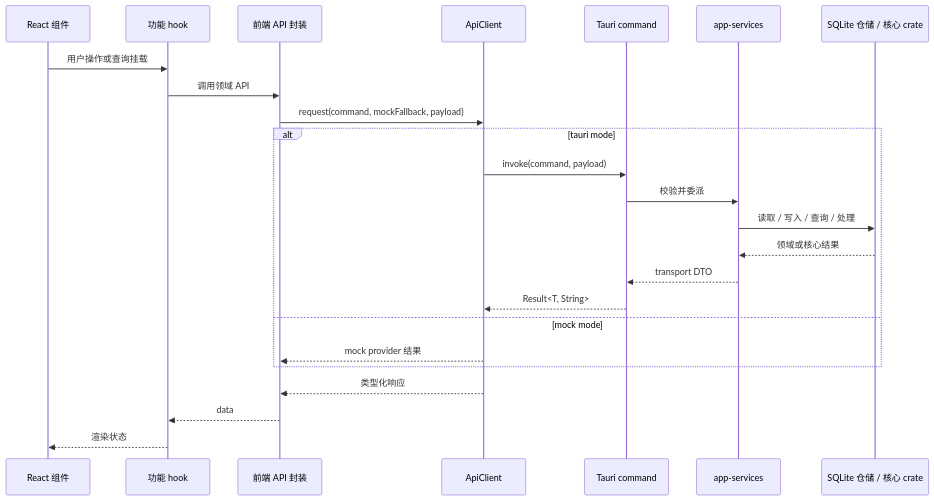
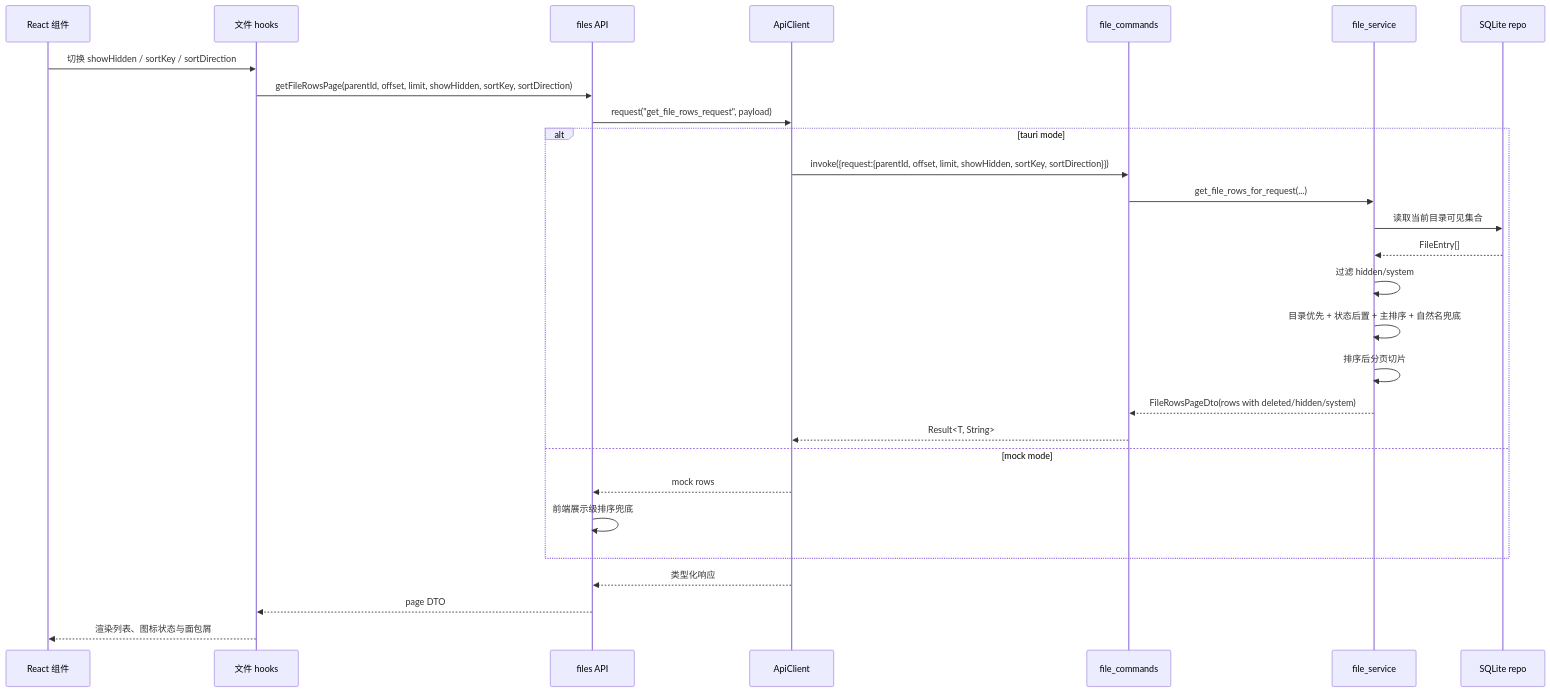
One commit to lQ-A-Ql/meow-detective changed the fifth of 14 diagrams in docs/model-architecture-algorithm-diagrams.md. Above: the diagram before and after it, drawn with Mermaid. The commit also changed other lines of this file and 70 other files, not shown here.

````diff
--- a/docs/model-architecture-algorithm-diagrams.md
+++ b/docs/model-architecture-algorithm-diagrams.md
@@ -226,27 +242,31 @@
 ```mermaid
 sequenceDiagram
   participant UI as React 组件
-  participant Hook as 功能 hook
-  participant API as 前端 API 封装
+  participant Hook as 文件 hooks
+  participant API as files API
   participant Client as ApiClient
-  participant Cmd as Tauri command
-  participant Svc as app-services
-  participant Repo as SQLite 仓储 / 核心 crate
+  participant Cmd as file_commands
+  participant Svc as file_service
+  participant Repo as SQLite repo
 
-  UI->>Hook: 用户操作或查询挂载
-  Hook->>API: 调用领域 API
-  API->>Client: request(command, mockFallback, payload)
+  UI->>Hook: 切换 showHidden / sortKey / sortDirection
+  Hook->>API: getFileRowsPage(parentId, offset, limit, showHidden, sortKey, sortDirection)
+  API->>Client: request("get_file_rows_request", payload)
   alt tauri mode
-    Client->>Cmd: invoke(command, payload)
-    Cmd->>Svc: 校验并委派
-    Svc->>Repo: 读取 / 写入 / 查询 / 处理
-    Repo-->>Svc: 领域或核心结果
-    Svc-->>Cmd: transport DTO
+    Client->>Cmd: invoke({request:{parentId, offset, limit, showHidden, sortKey, sortDirection}})
+    Cmd->>Svc: get_file_rows_for_request(...)
+    Svc->>Repo: 读取当前目录可见集合
+    Repo-->>Svc: FileEntry[]
+    Svc->>Svc: 过滤 hidden/system
+    Svc->>Svc: 目录优先 + 状态后置 + 主排序 + 自然名兜底
+    Svc->>Svc: 排序后分页切片
+    Svc-->>Cmd: FileRowsPageDto(rows with deleted/hidden/system)
     Cmd-->>Client: Result<T, String>
   else mock mode
-    Client-->>API: mock provider 结果
+    Client-->>API: mock rows
+    API->>API: 前端展示级排序兜底
   end
   Client-->>API: 类型化响应
-  API-->>Hook: data
-  Hook-->>UI: 渲染状态
+  API-->>Hook: page DTO
+  Hook-->>UI: 渲染列表、图标状态与面包屑
 ```
````
